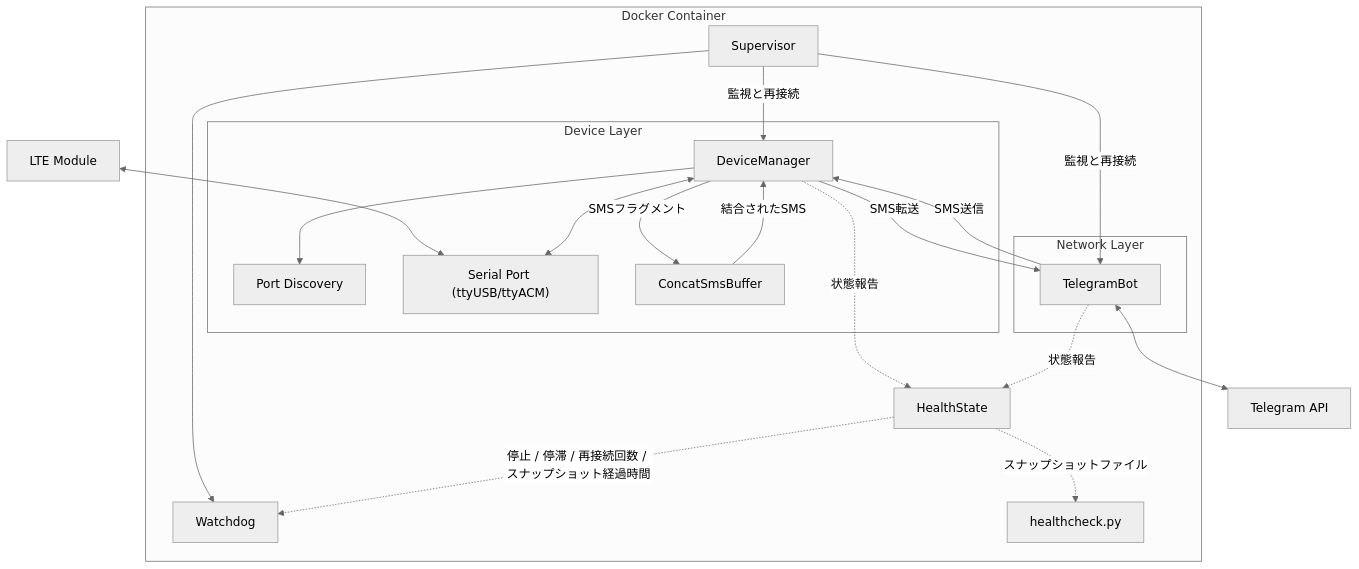
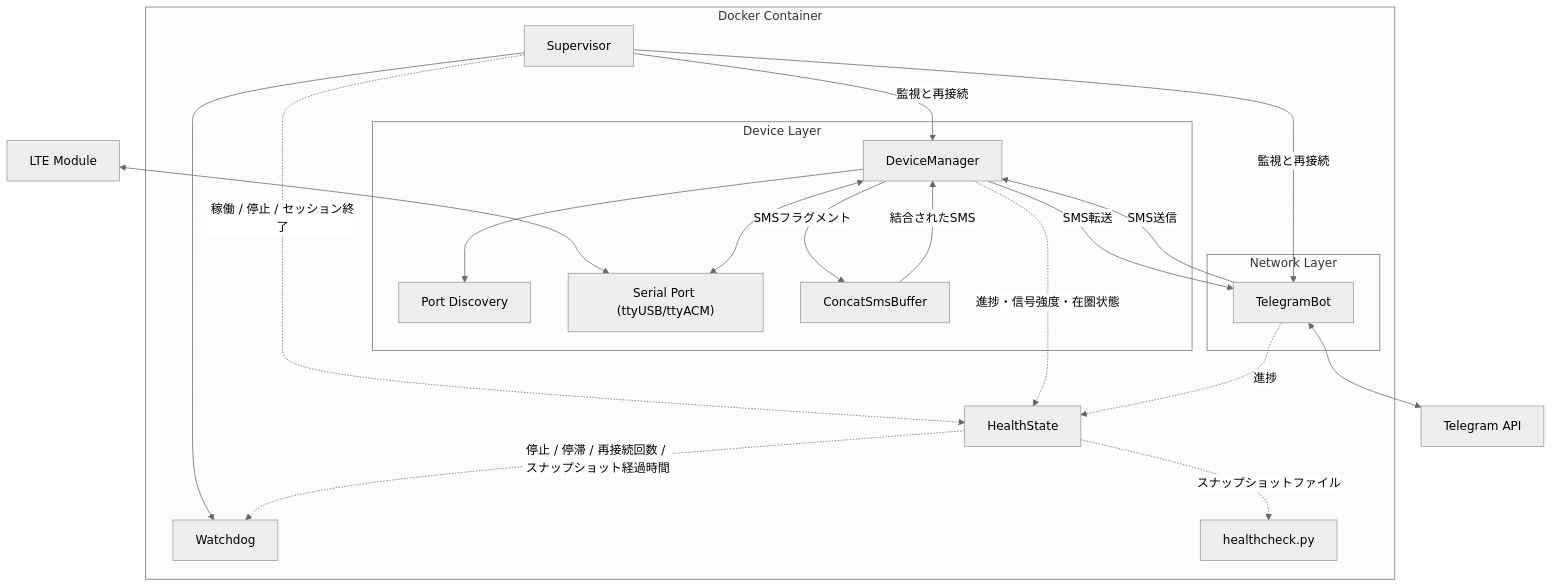
The diagram in README_JP.md (vxhorse/SMS_forwarder_Telegram), drawn with Mermaid (neutral theme) before and after one commit. The commit also changed other lines of this file and 8 other files, not shown here.

````diff
--- a/README_JP.md
+++ b/README_JP.md
@@ -21,37 +21,38 @@
 ```mermaid
 graph TD
     subgraph DC [Docker Container]
         Sup[Supervisor]
         WD[Watchdog]
         HS[HealthState]
         HC["healthcheck.py"]
 
         subgraph DeviceLayer [Device Layer]
             DM[DeviceManager]
             Disc[Port Discovery]
             Serial["Serial Port (ttyUSB/ttyACM)"]
             Buffer[ConcatSmsBuffer]
         end
 
         subgraph NetworkLayer [Network Layer]
             Bot[TelegramBot]
         end
     end
 
     Hardware[LTE Module] <--> Serial
     Sup -- "監視と再接続" --> DM
     Sup -- "監視と再接続" --> Bot
     Sup --> WD
     DM --> Disc
     DM <--> Serial
     DM -- "SMSフラグメント" --> Buffer
     Buffer -- "結合されたSMS" --> DM
     DM -- "SMS転送" --> Bot
     Bot -- "SMS送信" --> DM
     Bot <--> API[Telegram API]
 
-    DM -. "状態報告" .-> HS
-    Bot -. "状態報告" .-> HS
+    Sup -. "稼働 / 停止 / セッション終了" .-> HS
+    DM -. "進捗・信号強度・在圏状態" .-> HS
+    Bot -. "進捗" .-> HS
     HS -. "停止 / 停滞 / 再接続回数 / スナップショット経過時間" .-> WD
     HS -. "スナップショットファイル" .-> HC
 ```
````
